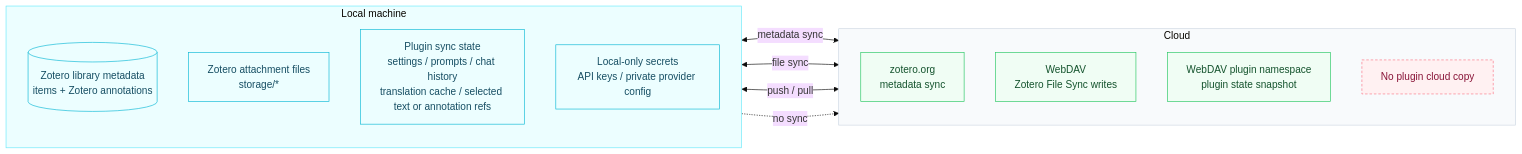
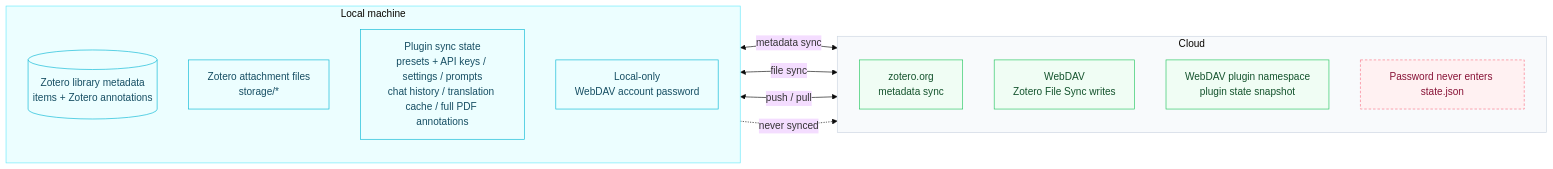
Before and after one commit to zhi-11/zotero-ai-sidebar: the second of 2 diagrams in README.md, drawn with Mermaid (base theme). The commit also changed other lines of this file and 3 other files, not shown here.

First line of the commit message:
docs: update for v0.5.4 and fix data-sync/secrets accuracy

````diff
--- a/README.md
+++ b/README.md
@@ -174,30 +175,30 @@
 ```mermaid
 flowchart LR
     subgraph Local[Local machine]
         direction TB
         Lib[(Zotero library metadata<br/>items + Zotero annotations)]
         Storage[Zotero attachment files<br/>storage/*]
-        Plugin[Plugin sync state<br/>settings / prompts / chat history<br/>translation cache / selected text or annotation refs]
-        Secrets[Local-only secrets<br/>API keys / private provider config]
+        Plugin[Plugin sync state<br/>presets + API keys / settings / prompts<br/>chat history / translation cache / full PDF annotations]
+        Secrets[Local-only<br/>WebDAV account password]
     end
     subgraph Cloud[Cloud]
         direction TB
         ZS[zotero.org<br/>metadata sync]
         WD1[WebDAV<br/>Zotero File Sync writes]
         WD2[WebDAV plugin namespace<br/>plugin state snapshot]
-        NoCloud[No plugin cloud copy]
+        NoCloud[Password never enters state.json]
     end
     Lib <-->|metadata sync| ZS
     Storage <-->|file sync| WD1
     Plugin <-->|push / pull| WD2
-    Secrets -.no sync.-> NoCloud
+    Secrets -.never synced.-> NoCloud
 
     classDef local fill:#ecfeff,stroke:#06b6d4,color:#164e63,stroke-width:1px;
     classDef cloud fill:#f0fdf4,stroke:#22c55e,color:#14532d,stroke-width:1px;
     classDef blocked fill:#fff1f2,stroke:#fb7185,color:#881337,stroke-width:1px,stroke-dasharray:4 3;
     class Lib,Storage,Plugin,Secrets local;
     class ZS,WD1,WD2 cloud;
     class NoCloud blocked;
     style Local fill:#ecfeff,stroke:#67e8f9,stroke-width:1px
     style Cloud fill:#f8fafc,stroke:#cbd5e1,stroke-width:1px
 ```
````
